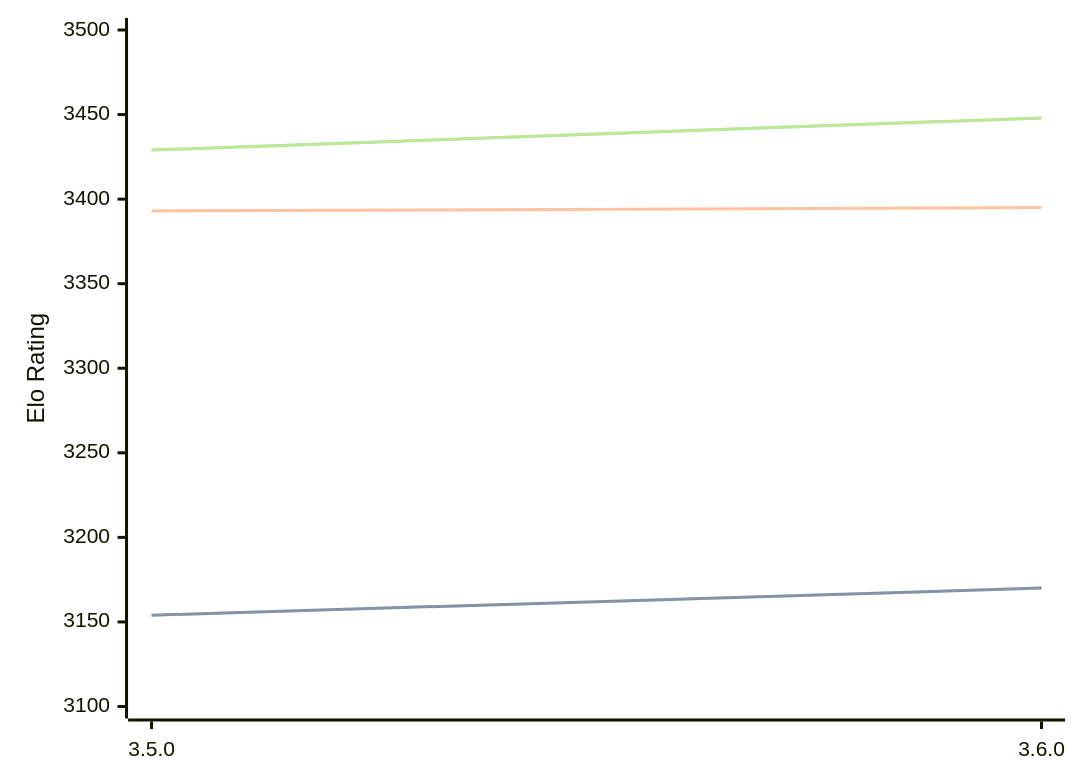
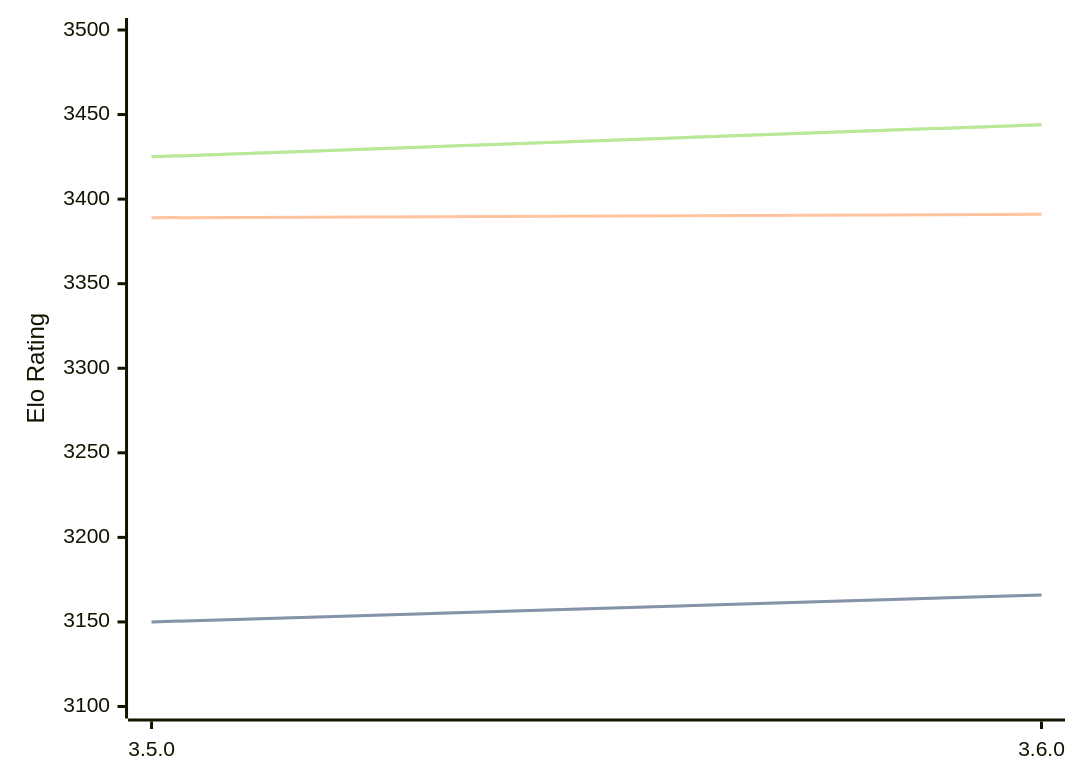
The first of 3 diagrams in engines/Igel.md (computer-chess-index/cci), drawn with Mermaid before and after one commit. The commit also changed other lines of this file, not shown here.

Commit message:
Update CCI Ratings (ELO VLTC) - 2026-07-16

````diff
--- a/engines/Igel.md
+++ b/engines/Igel.md
@@ -68,11 +68,11 @@
 ```mermaid
 %%{init: {"theme":"base","themeVariables":{"seriesColors:['#a3a3a3','#222221','#faa371']}}}%%
 xychart-beta
   x-axis ["3.5.0", "3.6.0"]
   y-axis "Elo Rating" 3100 --> 3500
-  line "STC (8.0+0.08s)" [3154, 3170]
-  line "STC (8.0+0.08s)" [3154, 3170]
-  line "LTC (60.0+0.60s)" [3393, 3395]
-  line "VLTC (2m24s+1.12s)" [3429, 3448]
-  line "VLTC (2m24s+1.12s)" [3429, 3448]
+  line "STC (8.0+0.08s)" [3150, 3166]
+  line "STC (8.0+0.08s)" [3150, 3166]
+  line "LTC (60.0+0.60s)" [3389, 3391]
+  line "VLTC (2m24s+1.12s)" [3425, 3444]
+  line "VLTC (2m24s+1.12s)" [3425, 3444]
 ```
````
